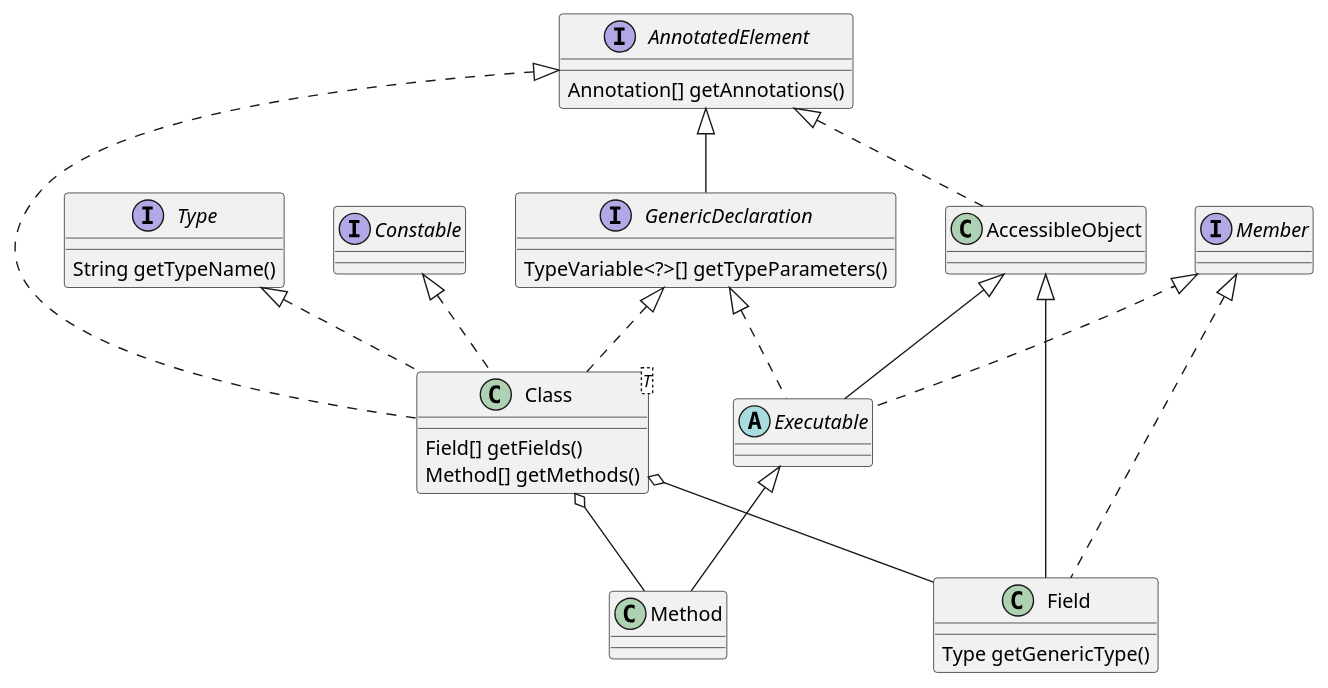
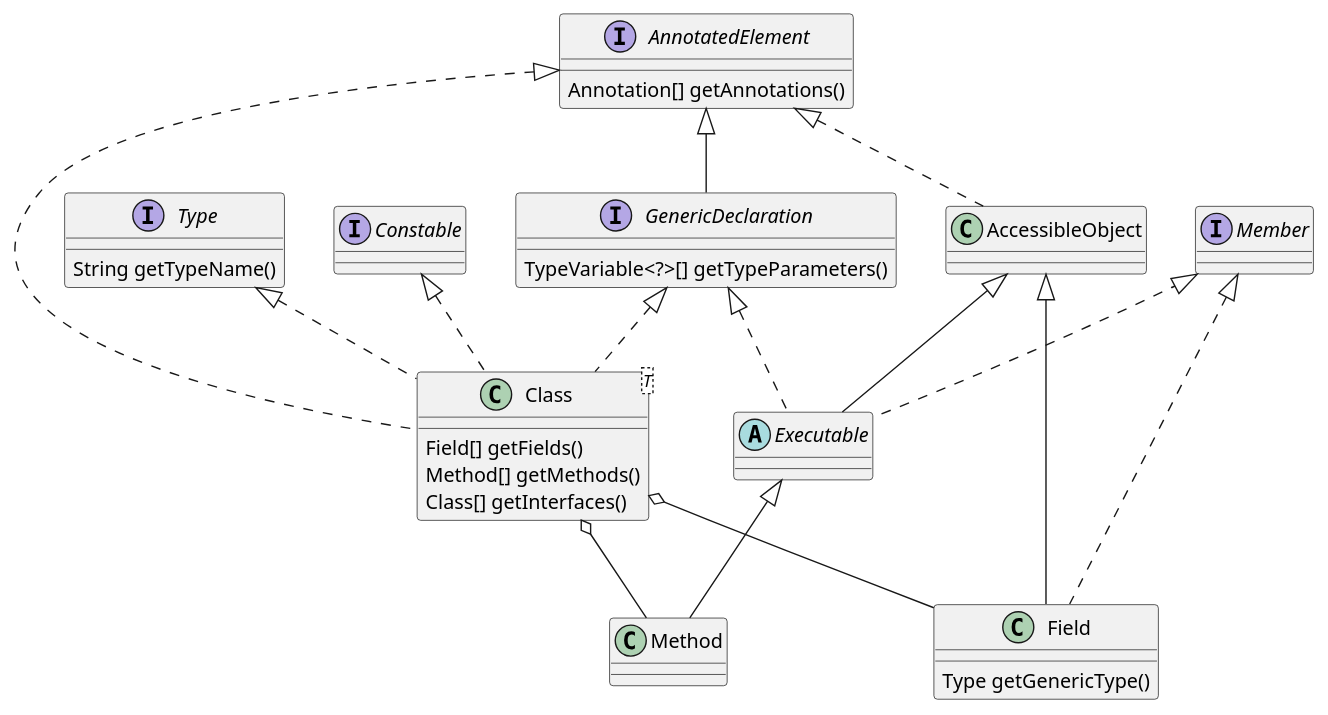
Before and after one commit to kevinwang930/kevinwang930.github.io: the second of 2 diagrams in content/post/java/jvm/class.md, drawn with PlantUML.

````diff
--- a/content/post/java/jvm/class.md
+++ b/content/post/java/jvm/class.md
@@ -66,24 +66,25 @@
 ```plantuml
 interface AnnotatedElement {
     Annotation[] getAnnotations()
 }
 
 interface GenericDeclaration extends AnnotatedElement {
     TypeVariable<?>[] getTypeParameters()
 }
 interface Type {
     String getTypeName()
 }
 class Class<T> implements GenericDeclaration,Type, AnnotatedElement, Constable {
     Field[] getFields()
     Method[] getMethods()
+    Class[] getInterfaces()
 }
 class AccessibleObject implements AnnotatedElement
 class Field extends AccessibleObject implements Member {
     Type getGenericType()
 }
 abstract  class Executable extends AccessibleObject implements Member,GenericDeclaration
 class Method extends Executable
 Class o-- Field
 Class o-- Method
 ```
````
